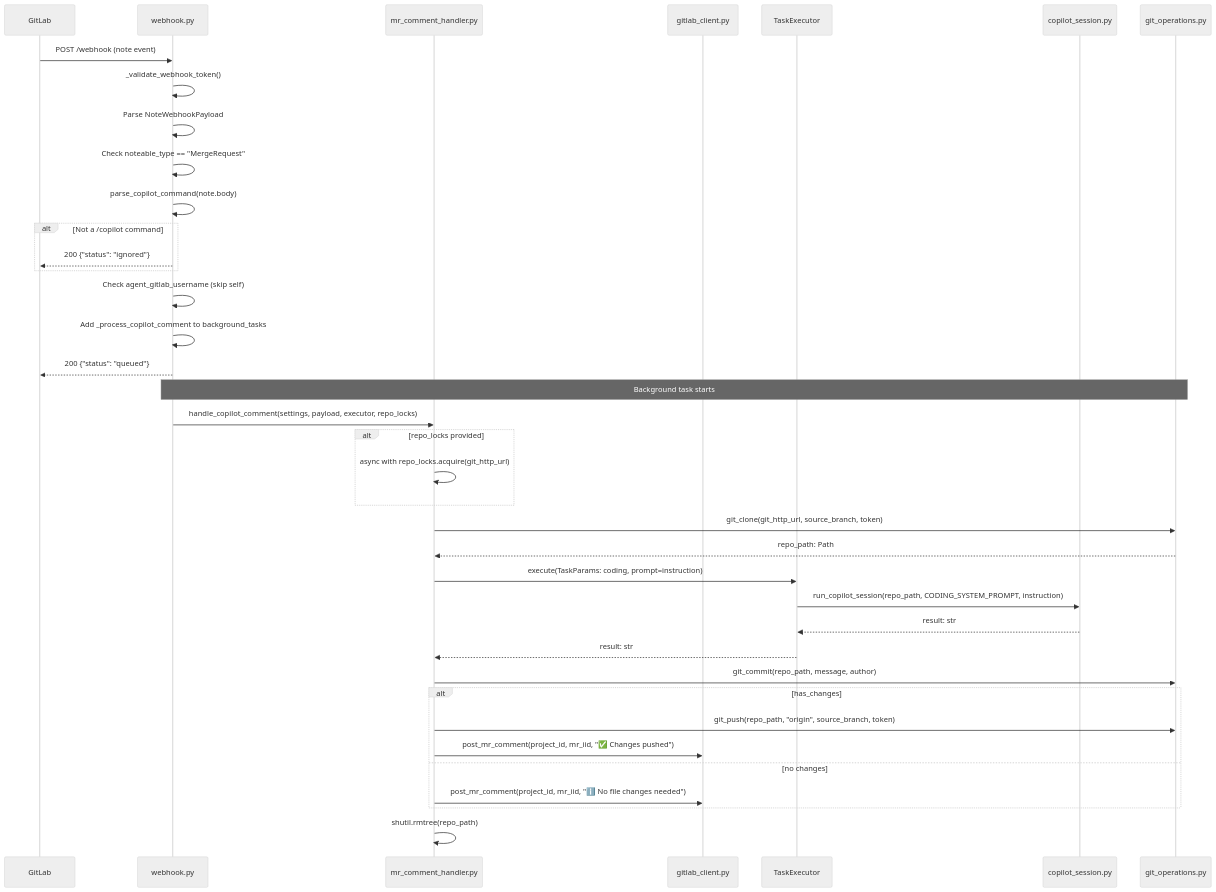
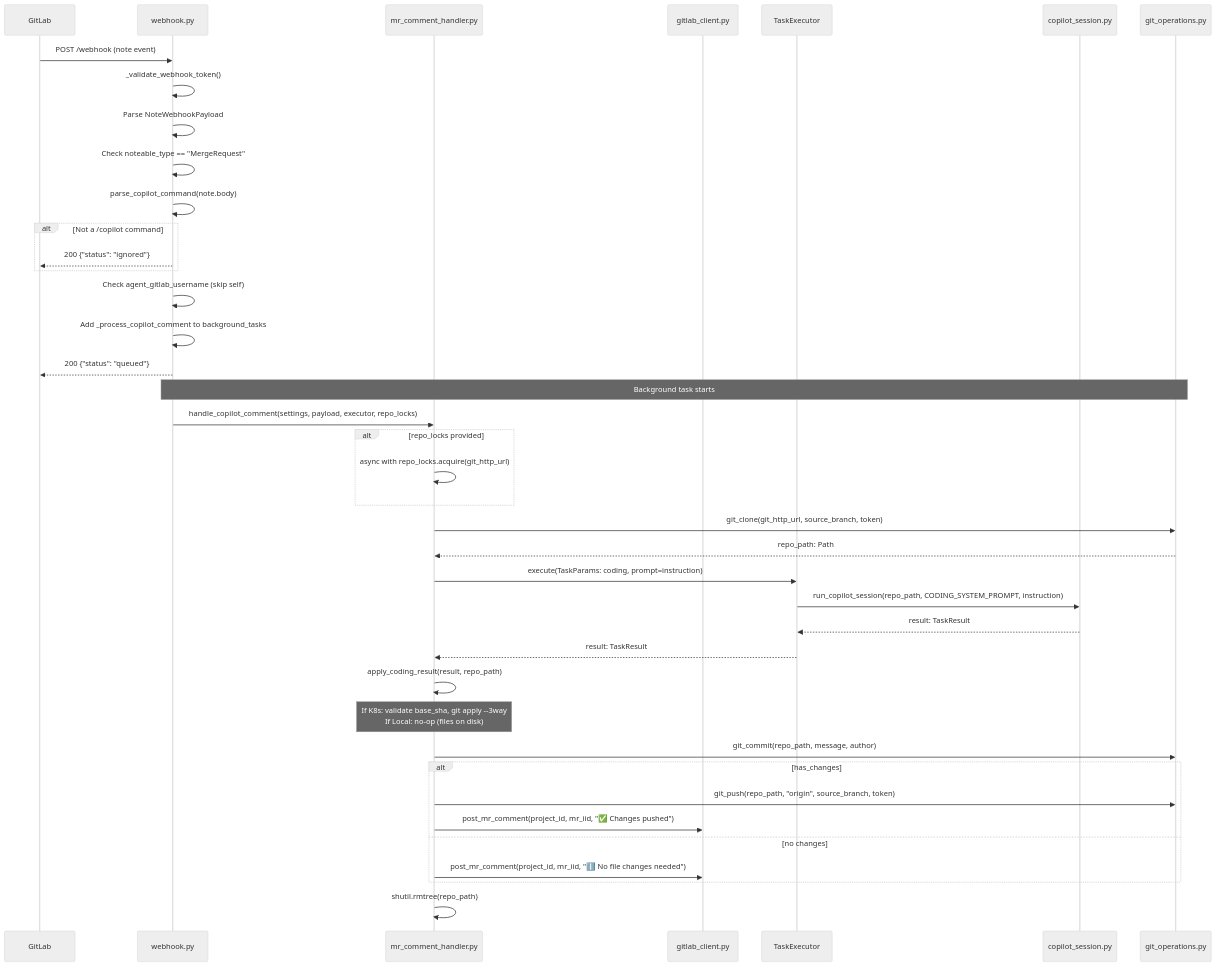
Before and after one commit to peteroden/gitlab-copilot-agent: the second of 5 diagrams in docs/wiki/request-flows.md, drawn with Mermaid (neutral theme). The commit also changed other lines of this file and 6 other files, not shown here.

````diff
--- a/docs/wiki/request-flows.md
+++ b/docs/wiki/request-flows.md
@@ -94,47 +94,50 @@
 ```mermaid
 sequenceDiagram
     participant GL as GitLab
     participant WH as webhook.py
     participant MRC as mr_comment_handler.py
     participant GLCL as gitlab_client.py
     participant EXEC as TaskExecutor
     participant COP as copilot_session.py
     participant GIT as git_operations.py
     
     GL->>WH: POST /webhook (note event)
     WH->>WH: _validate_webhook_token()
     WH->>WH: Parse NoteWebhookPayload
     WH->>WH: Check noteable_type == "MergeRequest"
     WH->>WH: parse_copilot_command(note.body)
     alt Not a /copilot command
         WH-->>GL: 200 {"status": "ignored"}
     end
     WH->>WH: Check agent_gitlab_username (skip self)
     WH->>WH: Add _process_copilot_comment to background_tasks
     WH-->>GL: 200 {"status": "queued"}
     
     Note over WH,GIT: Background task starts
     
     WH->>MRC: handle_copilot_comment(settings, payload, executor, repo_locks)
     alt repo_locks provided
         MRC->>MRC: async with repo_locks.acquire(git_http_url)
     end
     
     MRC->>GIT: git_clone(git_http_url, source_branch, token)
     GIT-->>MRC: repo_path: Path
     
     MRC->>EXEC: execute(TaskParams: coding, prompt=instruction)
     EXEC->>COP: run_copilot_session(repo_path, CODING_SYSTEM_PROMPT, instruction)
-    COP-->>EXEC: result: str
-    EXEC-->>MRC: result: str
+    COP-->>EXEC: result: TaskResult
+    EXEC-->>MRC: result: TaskResult
+    
+    MRC->>MRC: apply_coding_result(result, repo_path)
+    Note over MRC: If K8s: validate base_sha, git apply --3way<br/>If Local: no-op (files on disk)
     
     MRC->>GIT: git_commit(repo_path, message, author)
     alt has_changes
         MRC->>GIT: git_push(repo_path, "origin", source_branch, token)
         MRC->>GLCL: post_mr_comment(project_id, mr_iid, "✅ Changes pushed")
     else no changes
         MRC->>GLCL: post_mr_comment(project_id, mr_iid, "ℹ️ No file changes needed")
     end
     
     MRC->>MRC: shutil.rmtree(repo_path)
 ```
````
